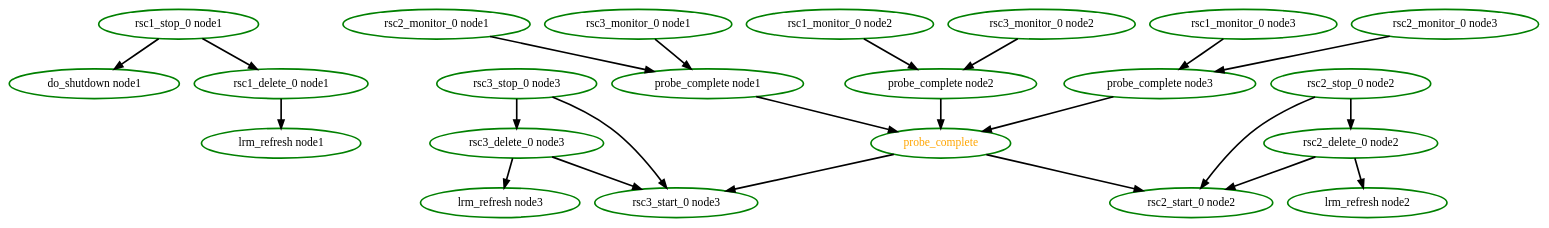
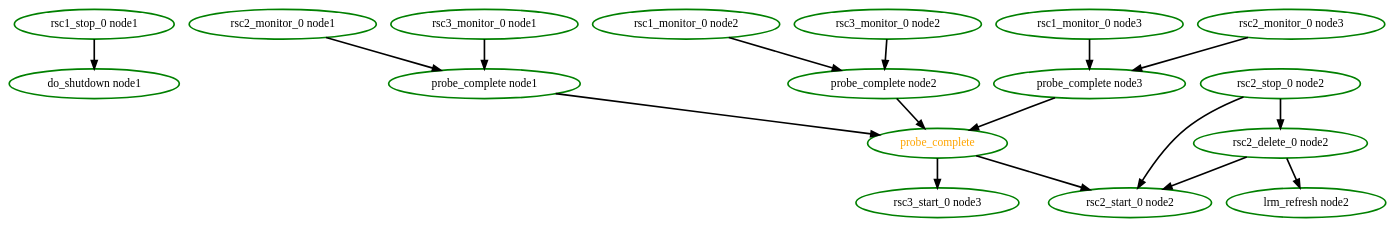
One commit to richiewen8/heartbeat changed the diagram in crm/pengine/testcases/params-2.dot. Above: the diagram before and after it, drawn with Graphviz.

Commit message:
PE: Update the dot file after the previous action definition check change

```diff
--- a/crm/pengine/testcases/params-2.dot
+++ b/crm/pengine/testcases/params-2.dot
@@ -1,46 +1,35 @@
  digraph "g" {
 "do_shutdown node1" [ style=bold color="green" fontcolor="black" ]
-"lrm_refresh node1" [ style=bold color="green" fontcolor="black" ]
 "lrm_refresh node2" [ style=bold color="green" fontcolor="black" ]
-"lrm_refresh node3" [ style=bold color="green" fontcolor="black" ]
 "probe_complete node1" -> "probe_complete" [ style = bold]
 "probe_complete node1" [ style=bold color="green" fontcolor="black" ]
 "probe_complete node2" -> "probe_complete" [ style = bold]
 "probe_complete node2" [ style=bold color="green" fontcolor="black" ]
 "probe_complete node3" -> "probe_complete" [ style = bold]
 "probe_complete node3" [ style=bold color="green" fontcolor="black" ]
 "probe_complete" -> "rsc2_start_0 node2" [ style = bold]
 "probe_complete" -> "rsc3_start_0 node3" [ style = bold]
 "probe_complete" [ style=bold color="green" fontcolor="orange" ]
-"rsc1_delete_0 node1" -> "lrm_refresh node1" [ style = bold]
-"rsc1_delete_0 node1" [ style=bold color="green" fontcolor="black" ]
 "rsc1_monitor_0 node2" -> "probe_complete node2" [ style = bold]
 "rsc1_monitor_0 node2" [ style=bold color="green" fontcolor="black" ]
 "rsc1_monitor_0 node3" -> "probe_complete node3" [ style = bold]
 "rsc1_monitor_0 node3" [ style=bold color="green" fontcolor="black" ]
 "rsc1_stop_0 node1" -> "do_shutdown node1" [ style = bold]
-"rsc1_stop_0 node1" -> "rsc1_delete_0 node1" [ style = bold]
 "rsc1_stop_0 node1" [ style=bold color="green" fontcolor="black" ]
 "rsc2_delete_0 node2" -> "lrm_refresh node2" [ style = bold]
 "rsc2_delete_0 node2" -> "rsc2_start_0 node2" [ style = bold]
 "rsc2_delete_0 node2" [ style=bold color="green" fontcolor="black" ]
 "rsc2_monitor_0 node1" -> "probe_complete node1" [ style = bold]
 "rsc2_monitor_0 node1" [ style=bold color="green" fontcolor="black" ]
 "rsc2_monitor_0 node3" -> "probe_complete node3" [ style = bold]
 "rsc2_monitor_0 node3" [ style=bold color="green" fontcolor="black" ]
 "rsc2_start_0 node2" [ style=bold color="green" fontcolor="black" ]
 "rsc2_stop_0 node2" -> "rsc2_delete_0 node2" [ style = bold]
 "rsc2_stop_0 node2" -> "rsc2_start_0 node2" [ style = bold]
 "rsc2_stop_0 node2" [ style=bold color="green" fontcolor="black" ]
-"rsc3_delete_0 node3" -> "lrm_refresh node3" [ style = bold]
-"rsc3_delete_0 node3" -> "rsc3_start_0 node3" [ style = bold]
-"rsc3_delete_0 node3" [ style=bold color="green" fontcolor="black" ]
 "rsc3_monitor_0 node1" -> "probe_complete node1" [ style = bold]
 "rsc3_monitor_0 node1" [ style=bold color="green" fontcolor="black" ]
 "rsc3_monitor_0 node2" -> "probe_complete node2" [ style = bold]
 "rsc3_monitor_0 node2" [ style=bold color="green" fontcolor="black" ]
 "rsc3_start_0 node3" [ style=bold color="green" fontcolor="black" ]
-"rsc3_stop_0 node3" -> "rsc3_delete_0 node3" [ style = bold]
-"rsc3_stop_0 node3" -> "rsc3_start_0 node3" [ style = bold]
-"rsc3_stop_0 node3" [ style=bold color="green" fontcolor="black" ]
 }
```
